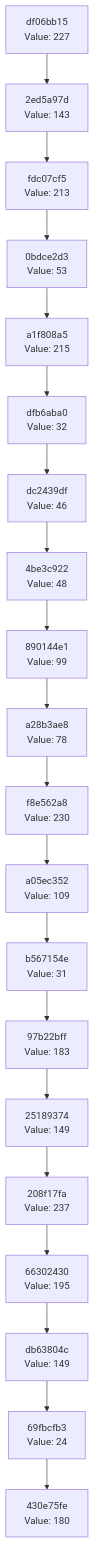
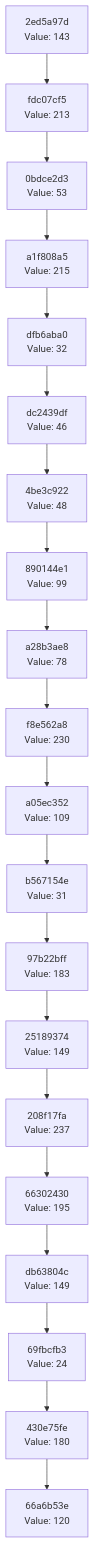
The diagram in docs/CHAIN_VISUALIZATION.md (Abhisheksinha1506/hash-chain-evolver), drawn with Mermaid before and after one commit. The commit also changed 2 other files, not shown here.

Commit message:
Evolution step: hash 0x78 → action executed

````diff
--- a/docs/CHAIN_VISUALIZATION.md
+++ b/docs/CHAIN_VISUALIZATION.md
@@ -3,42 +3,42 @@
 ```mermaid
 graph TD
-    C0["430e75fe<br/>Value: 180"]
-    C1["69fbcfb3<br/>Value: 24"]
+    C0["66a6b53e<br/>Value: 120"]
+    C1["430e75fe<br/>Value: 180"]
     C1 --> C0
-    C2["db63804c<br/>Value: 149"]
+    C2["69fbcfb3<br/>Value: 24"]
     C2 --> C1
-    C3["66302430<br/>Value: 195"]
+    C3["db63804c<br/>Value: 149"]
     C3 --> C2
-    C4["208f17fa<br/>Value: 237"]
+    C4["66302430<br/>Value: 195"]
     C4 --> C3
-    C5["25189374<br/>Value: 149"]
+    C5["208f17fa<br/>Value: 237"]
     C5 --> C4
-    C6["97b22bff<br/>Value: 183"]
+    C6["25189374<br/>Value: 149"]
     C6 --> C5
-    C7["b567154e<br/>Value: 31"]
+    C7["97b22bff<br/>Value: 183"]
     C7 --> C6
-    C8["a05ec352<br/>Value: 109"]
+    C8["b567154e<br/>Value: 31"]
     C8 --> C7
-    C9["f8e562a8<br/>Value: 230"]
+    C9["a05ec352<br/>Value: 109"]
     C9 --> C8
-    C10["a28b3ae8<br/>Value: 78"]
+    C10["f8e562a8<br/>Value: 230"]
     C10 --> C9
-    C11["890144e1<br/>Value: 99"]
+    C11["a28b3ae8<br/>Value: 78"]
     C11 --> C10
-    C12["4be3c922<br/>Value: 48"]
+    C12["890144e1<br/>Value: 99"]
     C12 --> C11
-    C13["dc2439df<br/>Value: 46"]
+    C13["4be3c922<br/>Value: 48"]
     C13 --> C12
-    C14["dfb6aba0<br/>Value: 32"]
+    C14["dc2439df<br/>Value: 46"]
     C14 --> C13
-    C15["a1f808a5<br/>Value: 215"]
+    C15["dfb6aba0<br/>Value: 32"]
     C15 --> C14
-    C16["0bdce2d3<br/>Value: 53"]
+    C16["a1f808a5<br/>Value: 215"]
     C16 --> C15
-    C17["fdc07cf5<br/>Value: 213"]
+    C17["0bdce2d3<br/>Value: 53"]
     C17 --> C16
-    C18["2ed5a97d<br/>Value: 143"]
+    C18["fdc07cf5<br/>Value: 213"]
     C18 --> C17
-    C19["df06bb15<br/>Value: 227"]
+    C19["2ed5a97d<br/>Value: 143"]
     C19 --> C18
 ```
````
